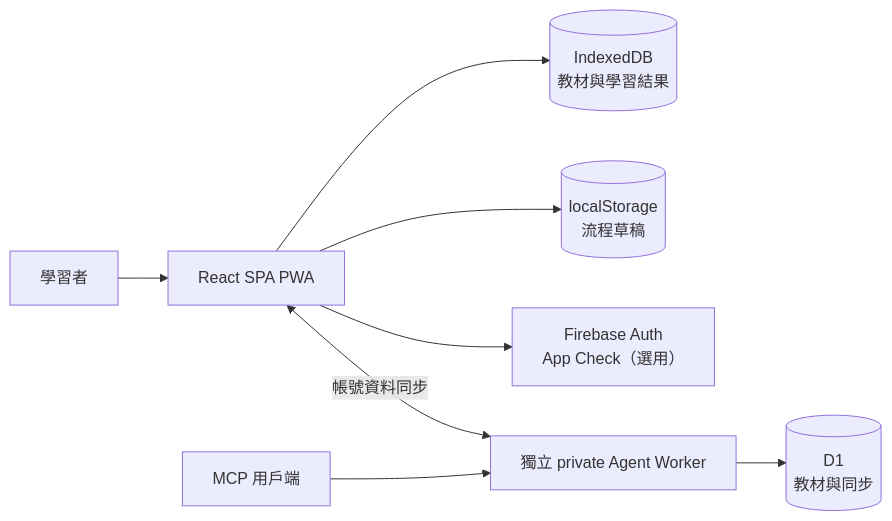
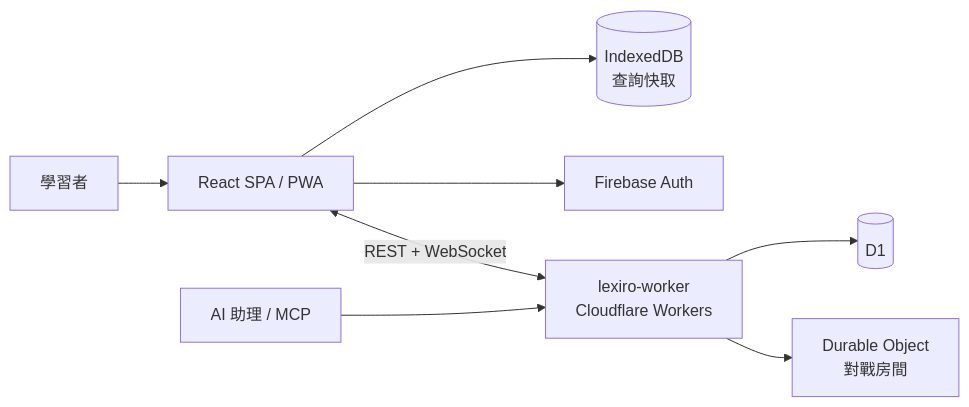
One commit to tavricccc/lexiro changed the diagram in README.md. Above: the diagram before and after it, drawn with Mermaid. The commit also changed other lines of this file and 1 other file, not shown here.

````diff
--- a/README.md
+++ b/README.md
@@ -22,10 +17,10 @@
 ```mermaid
 flowchart LR
-    U[學習者] --> PWA[React SPA PWA]
-    PWA --> IDB[(IndexedDB<br/>教材與學習結果)]
-    PWA --> Draft[(localStorage<br/>流程草稿)]
-    PWA --> Auth[Firebase Auth<br/>App Check（選用）]
-    PWA <-->|帳號資料同步| W[獨立 private Agent Worker]
-    MCP[MCP 用戶端] --> W
-    W --> D1[(D1<br/>教材與同步)]
+    U[學習者] --> SPA[React SPA / PWA]
+    SPA --> Cache[(IndexedDB<br/>查詢快取)]
+    SPA --> Auth[Firebase Auth]
+    SPA <-->|REST + WebSocket| W[lexiro-worker<br/>Cloudflare Workers]
+    MCP[AI 助理 / MCP] --> W
+    W --> D1[(D1)]
+    W --> DO[Durable Object<br/>對戰房間]
 ```
````
